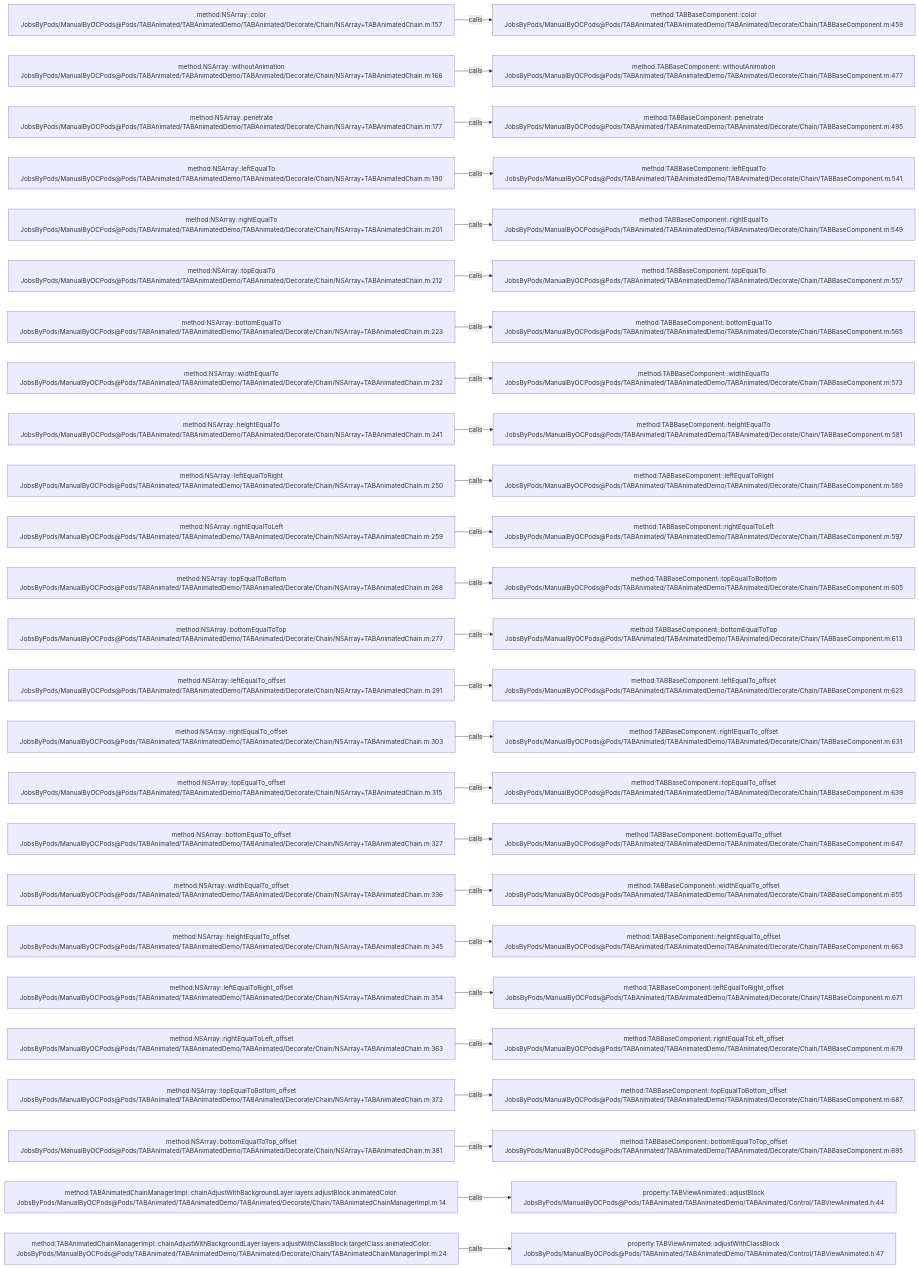
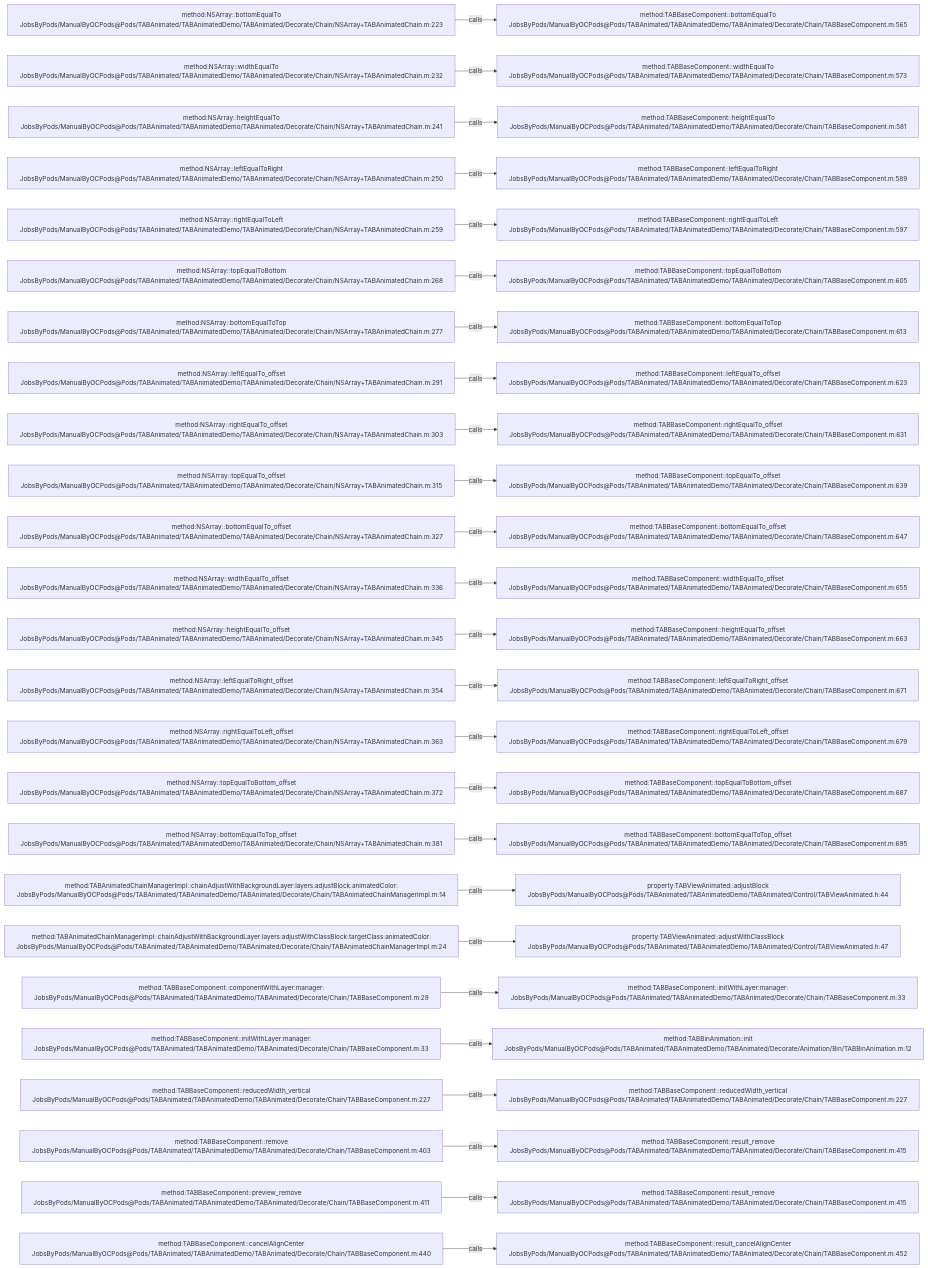
Before and after one commit to JobsKits/JobsOCBaseConfigDemo: the diagram in .codegraph/codegraph.md/graphs/calls-023.md, drawn with Mermaid. The commit also changed 666 other files, not shown here.

````diff
--- a/.codegraph/codegraph.md/graphs/calls-023.md
+++ b/.codegraph/codegraph.md/graphs/calls-023.md
@@ -13,78 +13,78 @@
 ```mermaid
 flowchart LR
-  S1["method:NSArray::color<br/>JobsByPods/ManualByOCPods@Pods/TABAnimated/TABAnimatedDemo/TABAnimated/Decorate/Chain/NSArray+TABAnimatedChain.m:157"]
-  T1["method:TABBaseComponent::color<br/>JobsByPods/ManualByOCPods@Pods/TABAnimated/TABAnimatedDemo/TABAnimated/Decorate/Chain/TABBaseComponent.m:459"]
+  S1["method:NSArray::bottomEqualTo<br/>JobsByPods/ManualByOCPods@Pods/TABAnimated/TABAnimatedDemo/TABAnimated/Decorate/Chain/NSArray+TABAnimatedChain.m:223"]
+  T1["method:TABBaseComponent::bottomEqualTo<br/>JobsByPods/ManualByOCPods@Pods/TABAnimated/TABAnimatedDemo/TABAnimated/Decorate/Chain/TABBaseComponent.m:565"]
   S1 -->|calls| T1
-  S2["method:NSArray::withoutAnimation<br/>JobsByPods/ManualByOCPods@Pods/TABAnimated/TABAnimatedDemo/TABAnimated/Decorate/Chain/NSArray+TABAnimatedChain.m:166"]
-  T2["method:TABBaseComponent::withoutAnimation<br/>JobsByPods/ManualByOCPods@Pods/TABAnimated/TABAnimatedDemo/TABAnimated/Decorate/Chain/TABBaseComponent.m:477"]
+  S2["method:NSArray::widthEqualTo<br/>JobsByPods/ManualByOCPods@Pods/TABAnimated/TABAnimatedDemo/TABAnimated/Decorate/Chain/NSArray+TABAnimatedChain.m:232"]
+  T2["method:TABBaseComponent::widthEqualTo<br/>JobsByPods/ManualByOCPods@Pods/TABAnimated/TABAnimatedDemo/TABAnimated/Decorate/Chain/TABBaseComponent.m:573"]
   S2 -->|calls| T2
-  S3["method:NSArray::penetrate<br/>JobsByPods/ManualByOCPods@Pods/TABAnimated/TABAnimatedDemo/TABAnimated/Decorate/Chain/NSArray+TABAnimatedChain.m:177"]
-  T3["method:TABBaseComponent::penetrate<br/>JobsByPods/ManualByOCPods@Pods/TABAnimated/TABAnimatedDemo/TABAnimated/Decorate/Chain/TABBaseComponent.m:495"]
+  S3["method:NSArray::heightEqualTo<br/>JobsByPods/ManualByOCPods@Pods/TABAnimated/TABAnimatedDemo/TABAnimated/Decorate/Chain/NSArray+TABAnimatedChain.m:241"]
+  T3["method:TABBaseComponent::heightEqualTo<br/>JobsByPods/ManualByOCPods@Pods/TABAnimated/TABAnimatedDemo/TABAnimated/Decorate/Chain/TABBaseComponent.m:581"]
   S3 -->|calls| T3
-  S4["method:NSArray::leftEqualTo<br/>JobsByPods/ManualByOCPods@Pods/TABAnimated/TABAnimatedDemo/TABAnimated/Decorate/Chain/NSArray+TABAnimatedChain.m:190"]
-  T4["method:TABBaseComponent::leftEqualTo<br/>JobsByPods/ManualByOCPods@Pods/TABAnimated/TABAnimatedDemo/TABAnimated/Decorate/Chain/TABBaseComponent.m:541"]
+  S4["method:NSArray::leftEqualToRight<br/>JobsByPods/ManualByOCPods@Pods/TABAnimated/TABAnimatedDemo/TABAnimated/Decorate/Chain/NSArray+TABAnimatedChain.m:250"]
+  T4["method:TABBaseComponent::leftEqualToRight<br/>JobsByPods/ManualByOCPods@Pods/TABAnimated/TABAnimatedDemo/TABAnimated/Decorate/Chain/TABBaseComponent.m:589"]
   S4 -->|calls| T4
-  S5["method:NSArray::rightEqualTo<br/>JobsByPods/ManualByOCPods@Pods/TABAnimated/TABAnimatedDemo/TABAnimated/Decorate/Chain/NSArray+TABAnimatedChain.m:201"]
-  T5["method:TABBaseComponent::rightEqualTo<br/>JobsByPods/ManualByOCPods@Pods/TABAnimated/TABAnimatedDemo/TABAnimated/Decorate/Chain/TABBaseComponent.m:549"]
+  S5["method:NSArray::rightEqualToLeft<br/>JobsByPods/ManualByOCPods@Pods/TABAnimated/TABAnimatedDemo/TABAnimated/Decorate/Chain/NSArray+TABAnimatedChain.m:259"]
+  T5["method:TABBaseComponent::rightEqualToLeft<br/>JobsByPods/ManualByOCPods@Pods/TABAnimated/TABAnimatedDemo/TABAnimated/Decorate/Chain/TABBaseComponent.m:597"]
   S5 -->|calls| T5
-  S6["method:NSArray::topEqualTo<br/>JobsByPods/ManualByOCPods@Pods/TABAnimated/TABAnimatedDemo/TABAnimated/Decorate/Chain/NSArray+TABAnimatedChain.m:212"]
-  T6["method:TABBaseComponent::topEqualTo<br/>JobsByPods/ManualByOCPods@Pods/TABAnimated/TABAnimatedDemo/TABAnimated/Decorate/Chain/TABBaseComponent.m:557"]
+  S6["method:NSArray::topEqualToBottom<br/>JobsByPods/ManualByOCPods@Pods/TABAnimated/TABAnimatedDemo/TABAnimated/Decorate/Chain/NSArray+TABAnimatedChain.m:268"]
+  T6["method:TABBaseComponent::topEqualToBottom<br/>JobsByPods/ManualByOCPods@Pods/TABAnimated/TABAnimatedDemo/TABAnimated/Decorate/Chain/TABBaseComponent.m:605"]
   S6 -->|calls| T6
-  S7["method:NSArray::bottomEqualTo<br/>JobsByPods/ManualByOCPods@Pods/TABAnimated/TABAnimatedDemo/TABAnimated/Decorate/Chain/NSArray+TABAnimatedChain.m:223"]
-  T7["method:TABBaseComponent::bottomEqualTo<br/>JobsByPods/ManualByOCPods@Pods/TABAnimated/TABAnimatedDemo/TABAnimated/Decorate/Chain/TABBaseComponent.m:565"]
+  S7["method:NSArray::bottomEqualToTop<br/>JobsByPods/ManualByOCPods@Pods/TABAnimated/TABAnimatedDemo/TABAnimated/Decorate/Chain/NSArray+TABAnimatedChain.m:277"]
+  T7["method:TABBaseComponent::bottomEqualToTop<br/>JobsByPods/ManualByOCPods@Pods/TABAnimated/TABAnimatedDemo/TABAnimated/Decorate/Chain/TABBaseComponent.m:613"]
   S7 -->|calls| T7
-  S8["method:NSArray::widthEqualTo<br/>JobsByPods/ManualByOCPods@Pods/TABAnimated/TABAnimatedDemo/TABAnimated/Decorate/Chain/NSArray+TABAnimatedChain.m:232"]
-  T8["method:TABBaseComponent::widthEqualTo<br/>JobsByPods/ManualByOCPods@Pods/TABAnimated/TABAnimatedDemo/TABAnimated/Decorate/Chain/TABBaseComponent.m:573"]
+  S8["method:NSArray::leftEqualTo_offset<br/>JobsByPods/ManualByOCPods@Pods/TABAnimated/TABAnimatedDemo/TABAnimated/Decorate/Chain/NSArray+TABAnimatedChain.m:291"]
+  T8["method:TABBaseComponent::leftEqualTo_offset<br/>JobsByPods/ManualByOCPods@Pods/TABAnimated/TABAnimatedDemo/TABAnimated/Decorate/Chain/TABBaseComponent.m:623"]
   S8 -->|calls| T8
-  S9["method:NSArray::heightEqualTo<br/>JobsByPods/ManualByOCPods@Pods/TABAnimated/TABAnimatedDemo/TABAnimated/Decorate/Chain/NSArray+TABAnimatedChain.m:241"]
-  T9["method:TABBaseComponent::heightEqualTo<br/>JobsByPods/ManualByOCPods@Pods/TABAnimated/TABAnimatedDemo/TABAnimated/Decorate/Chain/TABBaseComponent.m:581"]
+  S9["method:NSArray::rightEqualTo_offset<br/>JobsByPods/ManualByOCPods@Pods/TABAnimated/TABAnimatedDemo/TABAnimated/Decorate/Chain/NSArray+TABAnimatedChain.m:303"]
+  T9["method:TABBaseComponent::rightEqualTo_offset<br/>JobsByPods/ManualByOCPods@Pods/TABAnimated/TABAnimatedDemo/TABAnimated/Decorate/Chain/TABBaseComponent.m:631"]
   S9 -->|calls| T9
-  S10["method:NSArray::leftEqualToRight<br/>JobsByPods/ManualByOCPods@Pods/TABAnimated/TABAnimatedDemo/TABAnimated/Decorate/Chain/NSArray+TABAnimatedChain.m:250"]
-  T10["method:TABBaseComponent::leftEqualToRight<br/>JobsByPods/ManualByOCPods@Pods/TABAnimated/TABAnimatedDemo/TABAnimated/Decorate/Chain/TABBaseComponent.m:589"]
+  S10["method:NSArray::topEqualTo_offset<br/>JobsByPods/ManualByOCPods@Pods/TABAnimated/TABAnimatedDemo/TABAnimated/Decorate/Chain/NSArray+TABAnimatedChain.m:315"]
+  T10["method:TABBaseComponent::topEqualTo_offset<br/>JobsByPods/ManualByOCPods@Pods/TABAnimated/TABAnimatedDemo/TABAnimated/Decorate/Chain/TABBaseComponent.m:639"]
   S10 -->|calls| T10
-  S11["method:NSArray::rightEqualToLeft<br/>JobsByPods/ManualByOCPods@Pods/TABAnimated/TABAnimatedDemo/TABAnimated/Decorate/Chain/NSArray+TABAnimatedChain.m:259"]
-  T11["method:TABBaseComponent::rightEqualToLeft<br/>JobsByPods/ManualByOCPods@Pods/TABAnimated/TABAnimatedDemo/TABAnimated/Decorate/Chain/TABBaseComponent.m:597"]
+  S11["method:NSArray::bottomEqualTo_offset<br/>JobsByPods/ManualByOCPods@Pods/TABAnimated/TABAnimatedDemo/TABAnimated/Decorate/Chain/NSArray+TABAnimatedChain.m:327"]
+  T11["method:TABBaseComponent::bottomEqualTo_offset<br/>JobsByPods/ManualByOCPods@Pods/TABAnimated/TABAnimatedDemo/TABAnimated/Decorate/Chain/TABBaseComponent.m:647"]
   S11 -->|calls| T11
-  S12["method:NSArray::topEqualToBottom<br/>JobsByPods/ManualByOCPods@Pods/TABAnimated/TABAnimatedDemo/TABAnimated/Decorate/Chain/NSArray+TABAnimatedChain.m:268"]
-  T12["method:TABBaseComponent::topEqualToBottom<br/>JobsByPods/ManualByOCPods@Pods/TABAnimated/TABAnimatedDemo/TABAnimated/Decorate/Chain/TABBaseComponent.m:605"]
+  S12["method:NSArray::widthEqualTo_offset<br/>JobsByPods/ManualByOCPods@Pods/TABAnimated/TABAnimatedDemo/TABAnimated/Decorate/Chain/NSArray+TABAnimatedChain.m:336"]
+  T12["method:TABBaseComponent::widthEqualTo_offset<br/>JobsByPods/ManualByOCPods@Pods/TABAnimated/TABAnimatedDemo/TABAnimated/Decorate/Chain/TABBaseComponent.m:655"]
   S12 -->|calls| T12
-  S13["method:NSArray::bottomEqualToTop<br/>JobsByPods/ManualByOCPods@Pods/TABAnimated/TABAnimatedDemo/TABAnimated/Decorate/Chain/NSArray+TABAnimatedChain.m:277"]
-  T13["method:TABBaseComponent::bottomEqualToTop<br/>JobsByPods/ManualByOCPods@Pods/TABAnimated/TABAnimatedDemo/TABAnimated/Decorate/Chain/TABBaseComponent.m:613"]
+  S13["method:NSArray::heightEqualTo_offset<br/>JobsByPods/ManualByOCPods@Pods/TABAnimated/TABAnimatedDemo/TABAnimated/Decorate/Chain/NSArray+TABAnimatedChain.m:345"]
+  T13["method:TABBaseComponent::heightEqualTo_offset<br/>JobsByPods/ManualByOCPods@Pods/TABAnimated/TABAnimatedDemo/TABAnimated/Decorate/Chain/TABBaseComponent.m:663"]
   S13 -->|calls| T13
-  S14["method:NSArray::leftEqualTo_offset<br/>JobsByPods/ManualByOCPods@Pods/TABAnimated/TABAnimatedDemo/TABAnimated/Decorate/Chain/NSArray+TABAnimatedChain.m:291"]
-  T14["method:TABBaseComponent::leftEqualTo_offset<br/>JobsByPods/ManualByOCPods@Pods/TABAnimated/TABAnimatedDemo/TABAnimated/Decorate/Chain/TABBaseComponent.m:623"]
+  S14["method:NSArray::leftEqualToRight_offset<br/>JobsByPods/ManualByOCPods@Pods/TABAnimated/TABAnimatedDemo/TABAnimated/Decorate/Chain/NSArray+TABAnimatedChain.m:354"]
+  T14["method:TABBaseComponent::leftEqualToRight_offset<br/>JobsByPods/ManualByOCPods@Pods/TABAnimated/TABAnimatedDemo/TABAnimated/Decorate/Chain/TABBaseComponent.m:671"]
   S14 -->|calls| T14
-  S15["method:NSArray::rightEqualTo_offset<br/>JobsByPods/ManualByOCPods@Pods/TABAnimated/TABAnimatedDemo/TABAnimated/Decorate/Chain/NSArray+TABAnimatedChain.m:303"]
-  T15["method:TABBaseComponent::rightEqualTo_offset<br/>JobsByPods/ManualByOCPods@Pods/TABAnimated/TABAnimatedDemo/TABAnimated/Decorate/Chain/TABBaseComponent.m:631"]
+  S15["method:NSArray::rightEqualToLeft_offset<br/>JobsByPods/ManualByOCPods@Pods/TABAnimated/TABAnimatedDemo/TABAnimated/Decorate/Chain/NSArray+TABAnimatedChain.m:363"]
+  T15["method:TABBaseComponent::rightEqualToLeft_offset<br/>JobsByPods/ManualByOCPods@Pods/TABAnimated/TABAnimatedDemo/TABAnimated/Decorate/Chain/TABBaseComponent.m:679"]
   S15 -->|calls| T15
-  S16["method:NSArray::topEqualTo_offset<br/>JobsByPods/ManualByOCPods@Pods/TABAnimated/TABAnimatedDemo/TABAnimated/Decorate/Chain/NSArray+TABAnimatedChain.m:315"]
-  T16["method:TABBaseComponent::topEqualTo_offset<br/>JobsByPods/ManualByOCPods@Pods/TABAnimated/TABAnimatedDemo/TABAnimated/Decorate/Chain/TABBaseComponent.m:639"]
+  S16["method:NSArray::topEqualToBottom_offset<br/>JobsByPods/ManualByOCPods@Pods/TABAnimated/TABAnimatedDemo/TABAnimated/Decorate/Chain/NSArray+TABAnimatedChain.m:372"]
+  T16["method:TABBaseComponent::topEqualToBottom_offset<br/>JobsByPods/ManualByOCPods@Pods/TABAnimated/TABAnimatedDemo/TABAnimated/Decorate/Chain/TABBaseComponent.m:687"]
   S16 -->|calls| T16
-  S17["method:NSArray::bottomEqualTo_offset<br/>JobsByPods/ManualByOCPods@Pods/TABAnimated/TABAnimatedDemo/TABAnimated/Decorate/Chain/NSArray+TABAnimatedChain.m:327"]
-  T17["method:TABBaseComponent::bottomEqualTo_offset<br/>JobsByPods/ManualByOCPods@Pods/TABAnimated/TABAnimatedDemo/TABAnimated/Decorate/Chain/TABBaseComponent.m:647"]
+  S17["method:NSArray::bottomEqualToTop_offset<br/>JobsByPods/ManualByOCPods@Pods/TABAnimated/TABAnimatedDemo/TABAnimated/Decorate/Chain/NSArray+TABAnimatedChain.m:381"]
+  T17["method:TABBaseComponent::bottomEqualToTop_offset<br/>JobsByPods/ManualByOCPods@Pods/TABAnimated/TABAnimatedDemo/TABAnimated/Decorate/Chain/TABBaseComponent.m:695"]
   S17 -->|calls| T17
-  S18["method:NSArray::widthEqualTo_offset<br/>JobsByPods/ManualByOCPods@Pods/TABAnimated/TABAnimatedDemo/TABAnimated/Decorate/Chain/NSArray+TABAnimatedChain.m:336"]
-  T18["method:TABBaseComponent::widthEqualTo_offset<br/>JobsByPods/ManualByOCPods@Pods/TABAnimated/TABAnimatedDemo/TABAnimated/Decorate/Chain/TABBaseComponent.m:655"]
+  S18["method:TABAnimatedChainManagerImpl::chainAdjustWithBackgroundLayer:layers:adjustBlock:animatedColor:<br/>JobsByPods/ManualByOCPods@Pods/TABAnimated/TABAnimatedDemo/TABAnimated/Decorate/Chain/TABAnimatedChainManagerImpl.m:14"]
+  T18["property:TABViewAnimated::adjustBlock<br/>JobsByPods/ManualByOCPods@Pods/TABAnimated/TABAnimatedDemo/TABAnimated/Control/TABViewAnimated.h:44"]
   S18 -->|calls| T18
-  S19["method:NSArray::heightEqualTo_offset<br/>JobsByPods/ManualByOCPods@Pods/TABAnimated/TABAnimatedDemo/TABAnimated/Decorate/Chain/NSArray+TABAnimatedChain.m:345"]
-  T19["method:TABBaseComponent::heightEqualTo_offset<br/>JobsByPods/ManualByOCPods@Pods/TABAnimated/TABAnimatedDemo/TABAnimated/Decorate/Chain/TABBaseComponent.m:663"]
+  S19["method:TABAnimatedChainManagerImpl::chainAdjustWithBackgroundLayer:layers:adjustWithClassBlock:targetClass:animatedColor:<br/>JobsByPods/ManualByOCPods@Pods/TABAnimated/TABAnimatedDemo/TABAnimated/Decorate/Chain/TABAnimatedChainManagerImpl.m:24"]
+  T19["property:TABViewAnimated::adjustWithClassBlock<br/>JobsByPods/ManualByOCPods@Pods/TABAnimated/TABAnimatedDemo/TABAnimated/Control/TABViewAnimated.h:47"]
   S19 -->|calls| T19
-  S20["method:NSArray::leftEqualToRight_offset<br/>JobsByPods/ManualByOCPods@Pods/TABAnimated/TABAnimatedDemo/TABAnimated/Decorate/Chain/NSArray+TABAnimatedChain.m:354"]
-  T20["method:TABBaseComponent::leftEqualToRight_offset<br/>JobsByPods/ManualByOCPods@Pods/TABAnimated/TABAnimatedDemo/TABAnimated/Decorate/Chain/TABBaseComponent.m:671"]
+  S20["method:TABBaseComponent::componentWithLayer:manager:<br/>JobsByPods/ManualByOCPods@Pods/TABAnimated/TABAnimatedDemo/TABAnimated/Decorate/Chain/TABBaseComponent.m:29"]
+  T20["method:TABBaseComponent::initWithLayer:manager:<br/>JobsByPods/ManualByOCPods@Pods/TABAnimated/TABAnimatedDemo/TABAnimated/Decorate/Chain/TABBaseComponent.m:33"]
   S20 -->|calls| T20
-  S21["method:NSArray::rightEqualToLeft_offset<br/>JobsByPods/ManualByOCPods@Pods/TABAnimated/TABAnimatedDemo/TABAnimated/Decorate/Chain/NSArray+TABAnimatedChain.m:363"]
-  T21["method:TABBaseComponent::rightEqualToLeft_offset<br/>JobsByPods/ManualByOCPods@Pods/TABAnimated/TABAnimatedDemo/TABAnimated/Decorate/Chain/TABBaseComponent.m:679"]
+  S21["method:TABBaseComponent::initWithLayer:manager:<br/>JobsByPods/ManualByOCPods@Pods/TABAnimated/TABAnimatedDemo/TABAnimated/Decorate/Chain/TABBaseComponent.m:33"]
+  T21["method:TABBinAnimation::init<br/>JobsByPods/ManualByOCPods@Pods/TABAnimated/TABAnimatedDemo/TABAnimated/Decorate/Animation/Bin/TABBinAnimation.m:12"]
   S21 -->|calls| T21
-  S22["method:NSArray::topEqualToBottom_offset<br/>JobsByPods/ManualByOCPods@Pods/TABAnimated/TABAnimatedDemo/TABAnimated/Decorate/Chain/NSArray+TABAnimatedChain.m:372"]
-  T22["method:TABBaseComponent::topEqualToBottom_offset<br/>JobsByPods/ManualByOCPods@Pods/TABAnimated/TABAnimatedDemo/TABAnimated/Decorate/Chain/TABBaseComponent.m:687"]
+  S22["method:TABBaseComponent::reducedWidth_vertical<br/>JobsByPods/ManualByOCPods@Pods/TABAnimated/TABAnimatedDemo/TABAnimated/Decorate/Chain/TABBaseComponent.m:227"]
+  T22["method:TABBaseComponent::reducedWidth_vertical<br/>JobsByPods/ManualByOCPods@Pods/TABAnimated/TABAnimatedDemo/TABAnimated/Decorate/Chain/TABBaseComponent.m:227"]
   S22 -->|calls| T22
-  S23["method:NSArray::bottomEqualToTop_offset<br/>JobsByPods/ManualByOCPods@Pods/TABAnimated/TABAnimatedDemo/TABAnimated/Decorate/Chain/NSArray+TABAnimatedChain.m:381"]
-  T23["method:TABBaseComponent::bottomEqualToTop_offset<br/>JobsByPods/ManualByOCPods@Pods/TABAnimated/TABAnimatedDemo/TABAnimated/Decorate/Chain/TABBaseComponent.m:695"]
+  S23["method:TABBaseComponent::remove<br/>JobsByPods/ManualByOCPods@Pods/TABAnimated/TABAnimatedDemo/TABAnimated/Decorate/Chain/TABBaseComponent.m:403"]
+  T23["method:TABBaseComponent::result_remove<br/>JobsByPods/ManualByOCPods@Pods/TABAnimated/TABAnimatedDemo/TABAnimated/Decorate/Chain/TABBaseComponent.m:415"]
   S23 -->|calls| T23
-  S24["method:TABAnimatedChainManagerImpl::chainAdjustWithBackgroundLayer:layers:adjustBlock:animatedColor:<br/>JobsByPods/ManualByOCPods@Pods/TABAnimated/TABAnimatedDemo/TABAnimated/Decorate/Chain/TABAnimatedChainManagerImpl.m:14"]
-  T24["property:TABViewAnimated::adjustBlock<br/>JobsByPods/ManualByOCPods@Pods/TABAnimated/TABAnimatedDemo/TABAnimated/Control/TABViewAnimated.h:44"]
+  S24["method:TABBaseComponent::preview_remove<br/>JobsByPods/ManualByOCPods@Pods/TABAnimated/TABAnimatedDemo/TABAnimated/Decorate/Chain/TABBaseComponent.m:411"]
+  T24["method:TABBaseComponent::result_remove<br/>JobsByPods/ManualByOCPods@Pods/TABAnimated/TABAnimatedDemo/TABAnimated/Decorate/Chain/TABBaseComponent.m:415"]
   S24 -->|calls| T24
-  S25["method:TABAnimatedChainManagerImpl::chainAdjustWithBackgroundLayer:layers:adjustWithClassBlock:targetClass:animatedColor:<br/>JobsByPods/ManualByOCPods@Pods/TABAnimated/TABAnimatedDemo/TABAnimated/Decorate/Chain/TABAnimatedChainManagerImpl.m:24"]
-  T25["property:TABViewAnimated::adjustWithClassBlock<br/>JobsByPods/ManualByOCPods@Pods/TABAnimated/TABAnimatedDemo/TABAnimated/Control/TABViewAnimated.h:47"]
+  S25["method:TABBaseComponent::cancelAlignCenter<br/>JobsByPods/ManualByOCPods@Pods/TABAnimated/TABAnimatedDemo/TABAnimated/Decorate/Chain/TABBaseComponent.m:440"]
+  T25["method:TABBaseComponent::result_cancelAlignCenter<br/>JobsByPods/ManualByOCPods@Pods/TABAnimated/TABAnimatedDemo/TABAnimated/Decorate/Chain/TABBaseComponent.m:452"]
   S25 -->|calls| T25
 ```
````
